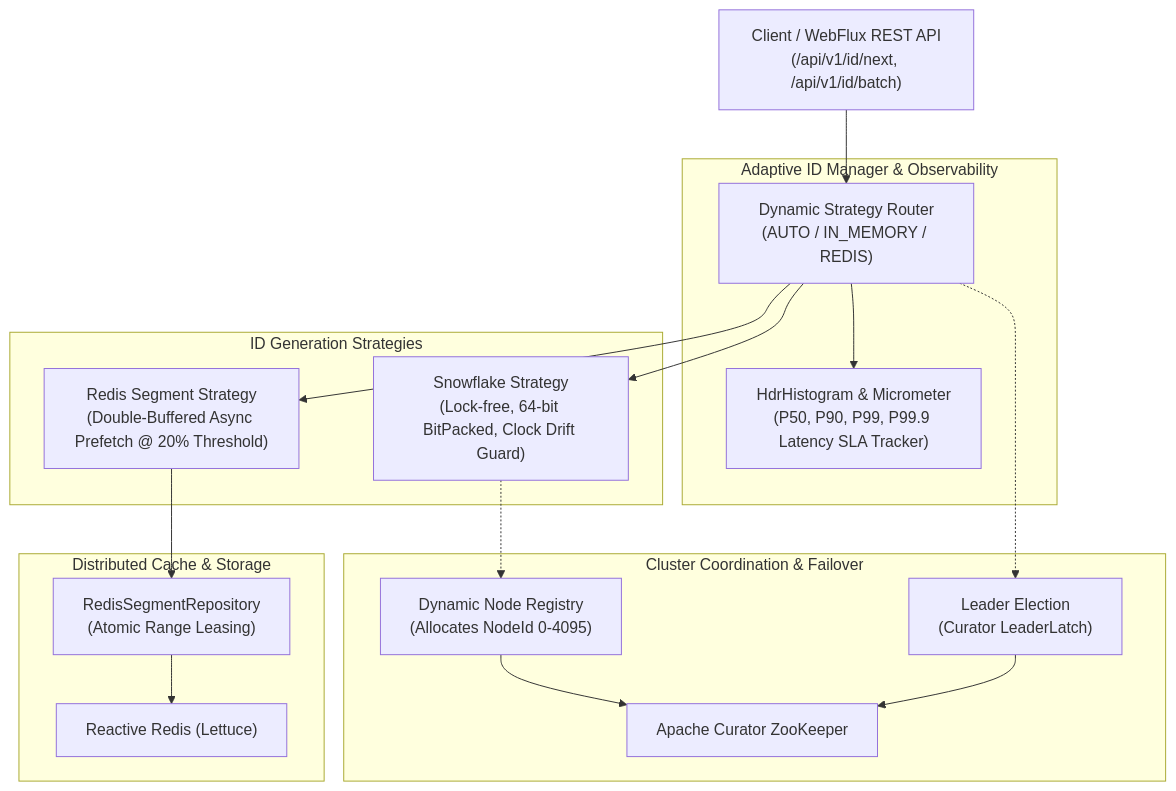
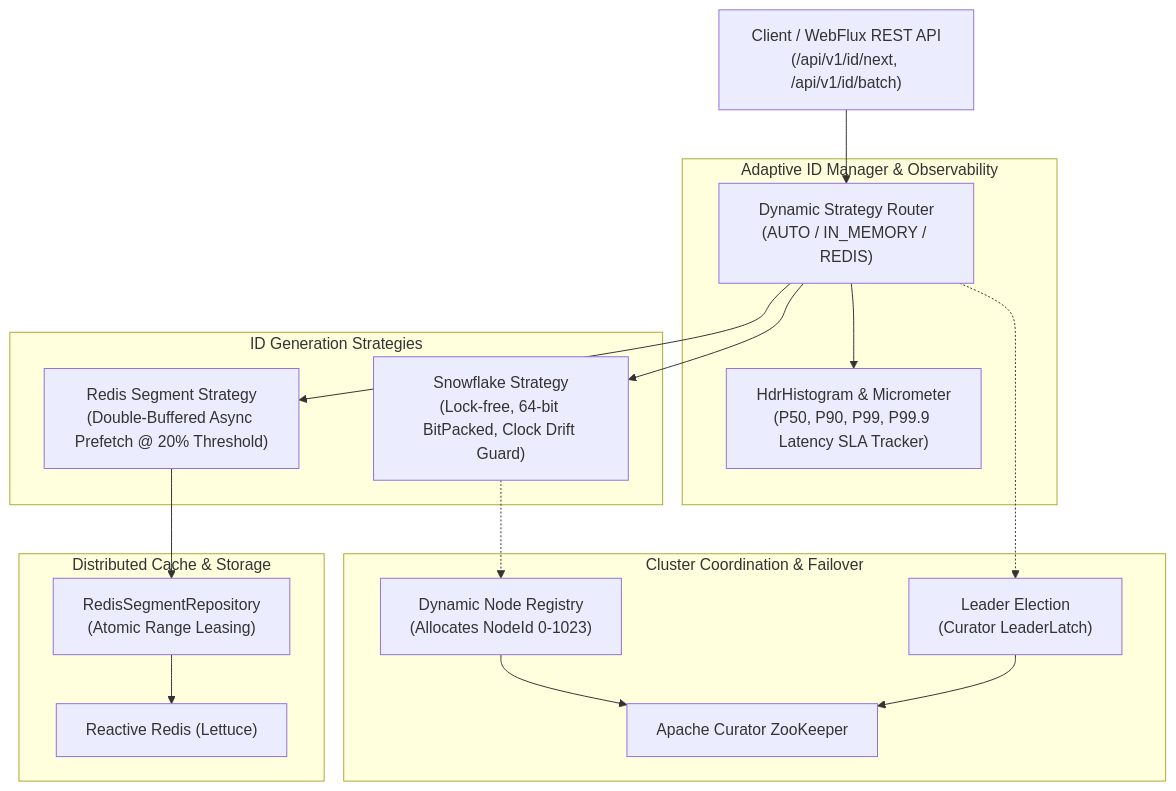
Before and after one commit to Anshadi/Election_Leader: the first of 2 diagrams in README.md, drawn with Mermaid. The commit also changed other lines of this file, not shown here.

Commit message:
docs: add 5-layer failover matrix, chaos testing guide, and node sync docs to README

````diff
--- a/README.md
+++ b/README.md
@@ -19,37 +19,37 @@
 ```mermaid
 flowchart TD
     Client["Client / WebFlux REST API<br/>(/api/v1/id/next, /api/v1/id/batch)"]
     
     subgraph Manager ["Adaptive ID Manager & Observability"]
         Router["Dynamic Strategy Router<br/>(AUTO / IN_MEMORY / REDIS)"]
         Hdr["HdrHistogram & Micrometer<br/>(P50, P90, P99, P99.9 Latency SLA Tracker)"]
     end
     
     subgraph Strategies ["ID Generation Strategies"]
         Snowflake["Snowflake Strategy<br/>(Lock-free, 64-bit BitPacked, Clock Drift Guard)"]
         RedisSegment["Redis Segment Strategy<br/>(Double-Buffered Async Prefetch @ 20% Threshold)"]
     end
 
     subgraph Coordination ["Cluster Coordination & Failover"]
         ZK["Apache Curator ZooKeeper"]
         LeaderElection["Leader Election<br/>(Curator LeaderLatch)"]
-        NodeRegistry["Dynamic Node Registry<br/>(Allocates NodeId 0-4095)"]
+        NodeRegistry["Dynamic Node Registry<br/>(Allocates NodeId 0-1023)"]
     end
 
     subgraph RedisStore ["Distributed Cache & Storage"]
         RedisRepo["RedisSegmentRepository<br/>(Atomic Range Leasing)"]
         Redis["Reactive Redis (Lettuce)"]
     end
 
     Client --> Router
     Router --> Hdr
     Router --> Snowflake
     Router --> RedisSegment
     
     Snowflake -.-> NodeRegistry
     RedisSegment --> RedisRepo
     RedisRepo --> Redis
     Router -.-> LeaderElection
     LeaderElection --> ZK
     NodeRegistry --> ZK
 ```
````
